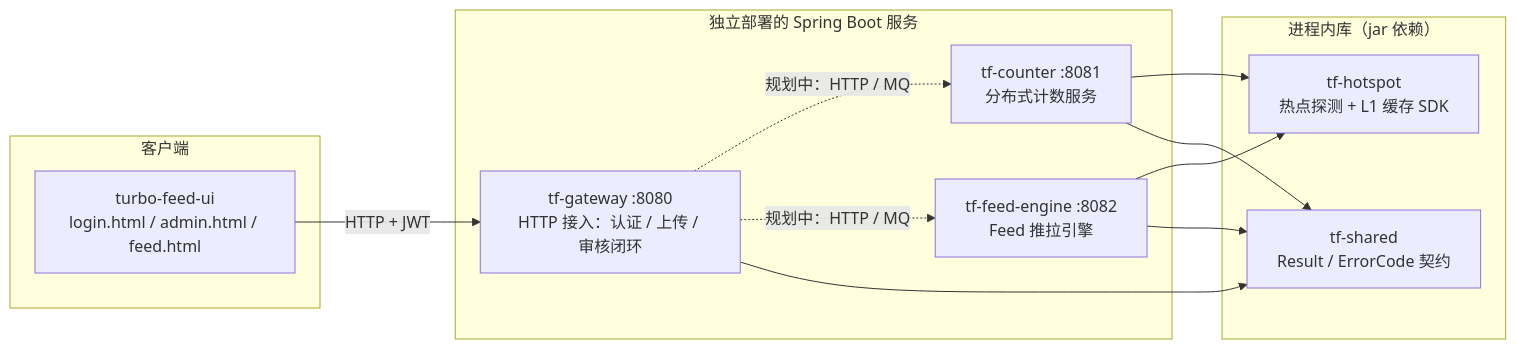
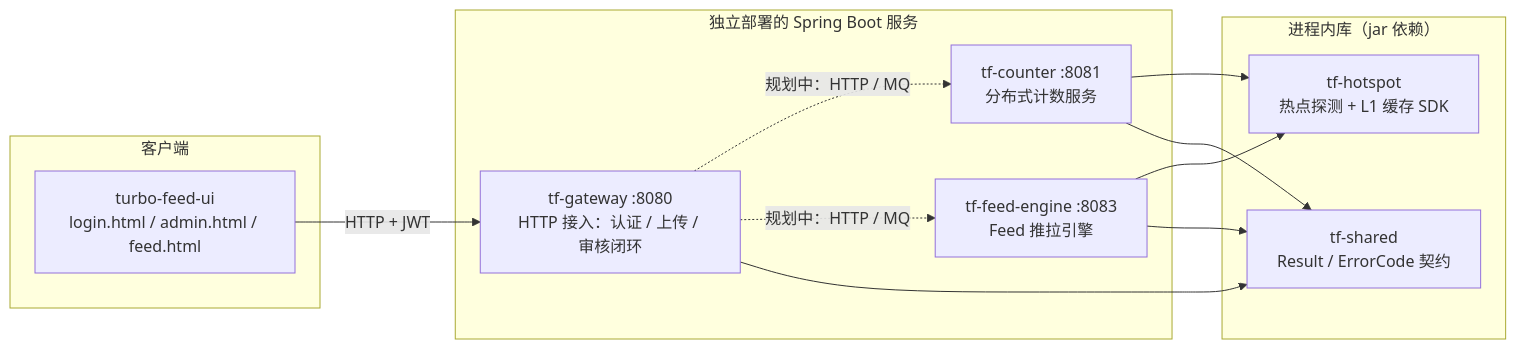
The diagram in docs/architecture/overview.md (dafei-code/turbo-feed), drawn with Mermaid before and after one commit. The commit also changed other lines of this file and 10 other files, not shown here.

First line of the commit message:
refactor(feed): tf-feed-engine 默认端口 8082 → 8083，避让 RocketMQ broker 的占用

````diff
--- a/docs/architecture/overview.md
+++ b/docs/architecture/overview.md
@@ -9,23 +9,23 @@
 ```mermaid
 flowchart LR
     subgraph clients[客户端]
         UI[turbo-feed-ui<br/>login.html / admin.html / feed.html]
     end
 
     subgraph services[独立部署的 Spring Boot 服务]
         GW[tf-gateway :8080<br/>HTTP 接入：认证 / 上传 / 审核闭环]
         CT[tf-counter :8081<br/>分布式计数服务]
-        FE[tf-feed-engine :8082<br/>Feed 推拉引擎]
+        FE[tf-feed-engine :8083<br/>Feed 推拉引擎]
     end
 
     subgraph libs[进程内库（jar 依赖）]
         HS[tf-hotspot<br/>热点探测 + L1 缓存 SDK]
         SH[tf-shared<br/>Result / ErrorCode 契约]
     end
 
     UI -->|HTTP + JWT| GW
     GW -.->|规划中：HTTP / MQ| CT
     GW -.->|规划中：HTTP / MQ| FE
     CT & FE --> HS
     GW & CT & FE --> SH
 ```
````
